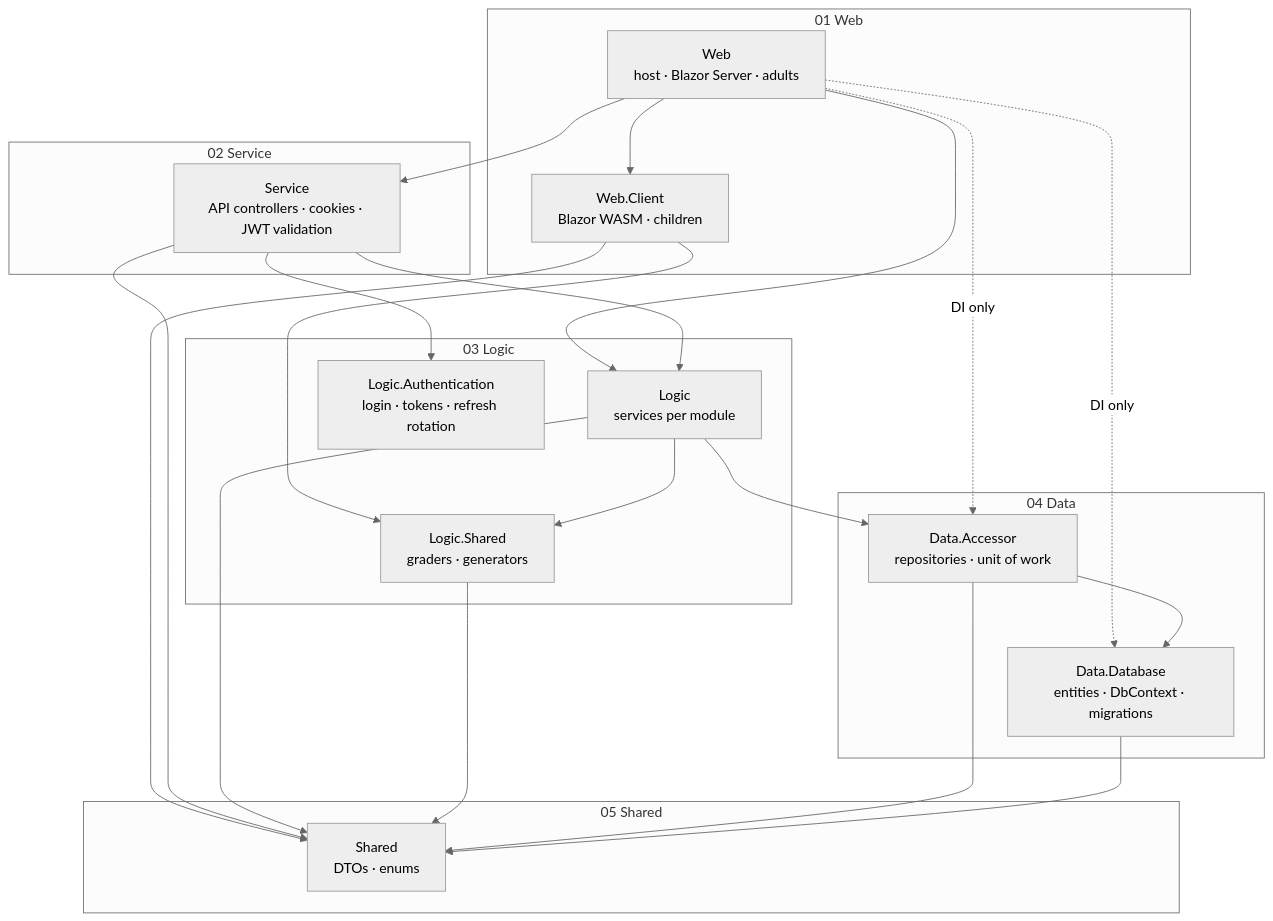
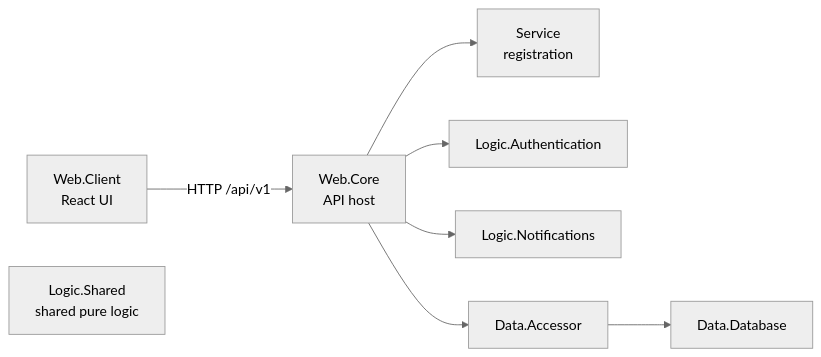
One commit to ManuelPeise/Merkwerk changed the diagram in docs/infrastructure.README.md. Above: the diagram before and after it, drawn with Mermaid (neutral theme). The commit also changed other lines of this file and 6 other files, not shown here.

````diff
--- a/docs/infrastructure.README.md
+++ b/docs/infrastructure.README.md
@@ -48,39 +38,10 @@
 ```mermaid
-flowchart TB
-    subgraph W["01 Web"]
-        Web["Web<br/>host · Blazor Server · adults"]
-        Client["Web.Client<br/>Blazor WASM · children"]
-    end
-    subgraph S["02 Service"]
-        Service["Service<br/>API controllers · cookies · JWT validation"]
-    end
-    subgraph L["03 Logic"]
-        Logic["Logic<br/>services per module"]
-        Auth["Logic.Authentication<br/>login · tokens · refresh rotation"]
-        LShared["Logic.Shared<br/>graders · generators"]
-    end
-    subgraph D["04 Data"]
-        Accessor["Data.Accessor<br/>repositories · unit of work"]
-        Context["Data.Database<br/>entities · DbContext · migrations"]
-    end
-    subgraph SH["05 Shared"]
-        Shared["Shared<br/>DTOs · enums"]
-    end
-    Web --> Client
-    Web --> Service
-    Web --> Logic
-    Web -. DI only .-> Accessor
-    Web -. DI only .-> Context
-    Client --> LShared
-    Client --> Shared
-    Service --> Logic
-    Service --> Auth
-    Service --> Shared
-    Logic --> LShared
-    Logic --> Accessor
-    Logic --> Shared
-    LShared --> Shared
-    Accessor --> Context
-    Accessor --> Shared
-    Context --> Shared
+flowchart LR
+    Client["Web.Client<br/>React UI"] -->|"HTTP /api/v1"| Host["Web.Core<br/>API host"]
+    Host --> Service["Service<br/>registration"]
+    Host --> Auth["Logic.Authentication"]
+    Host --> Notifications["Logic.Notifications"]
+    Host --> Accessor["Data.Accessor"]
+    Accessor --> Database["Data.Database"]
+    LogicShared["Logic.Shared<br/>shared pure logic"]
 ```
````
